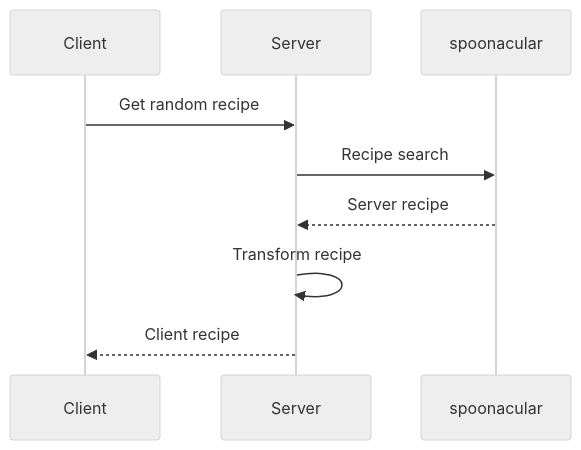
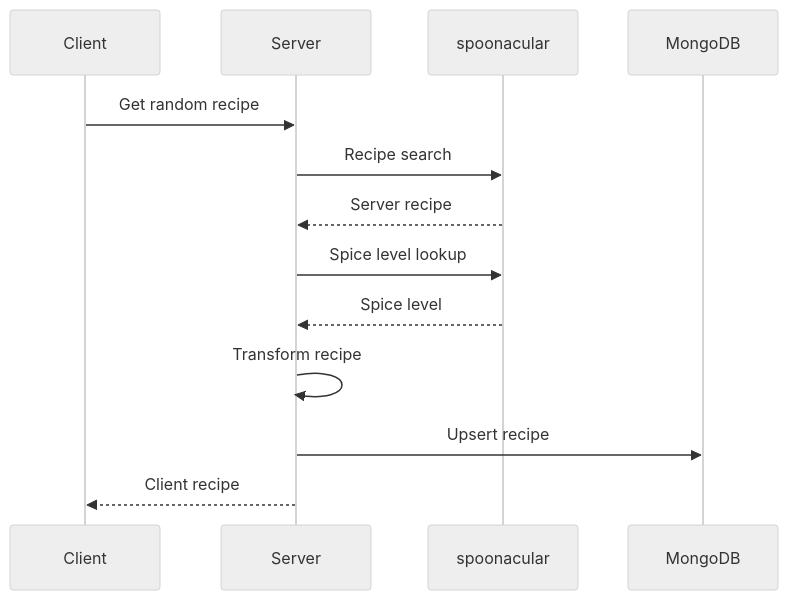
One commit to Abhiek187/ez-recipes-server changed the first of 5 diagrams in README.md. Above: the diagram before and after it, drawn with Mermaid (neutral theme). The commit also changed other lines of this file, not shown here.

Commit message:
Update README with MongoDB info

````diff
--- a/README.md
+++ b/README.md
@@ -20,9 +22,12 @@
 ```mermaid
 sequenceDiagram
 
 Client->>Server: Get random recipe
 Server->>spoonacular: Recipe search
 spoonacular-->>Server: Server recipe
+Server->>spoonacular: Spice level lookup
+spoonacular-->>Server: Spice level
 Server->>Server: Transform recipe
+Server->>MongoDB: Upsert recipe
 Server-->>Client: Client recipe
 ```
````
